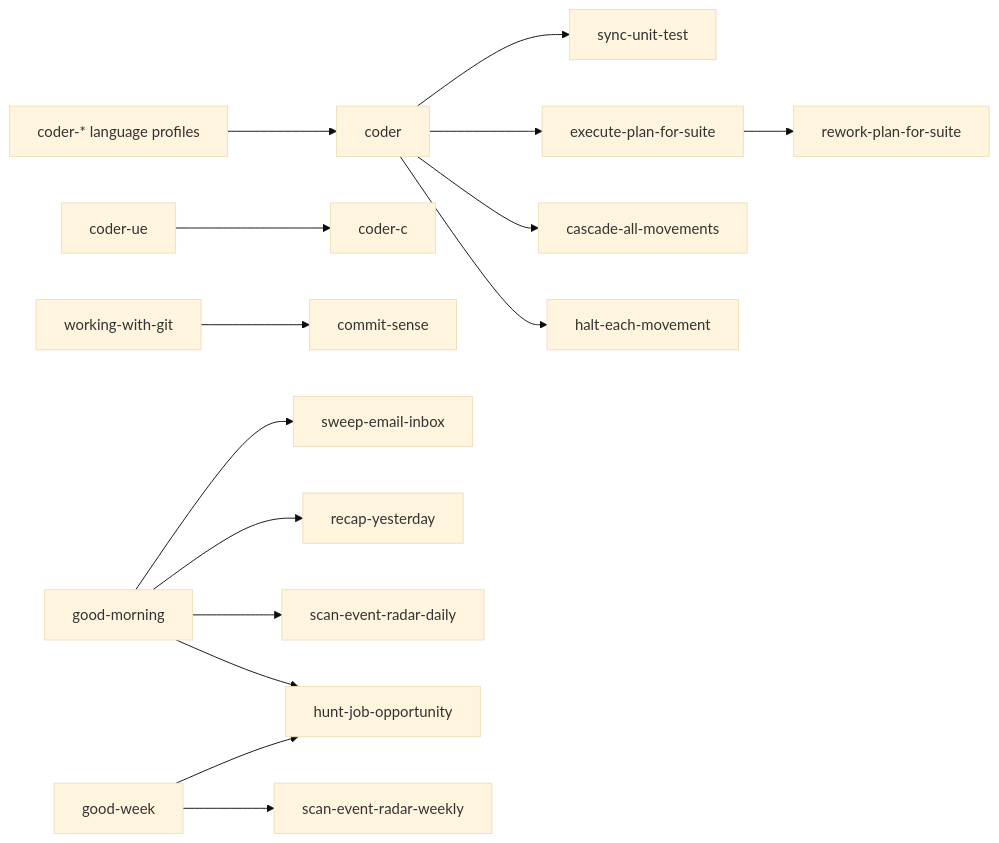
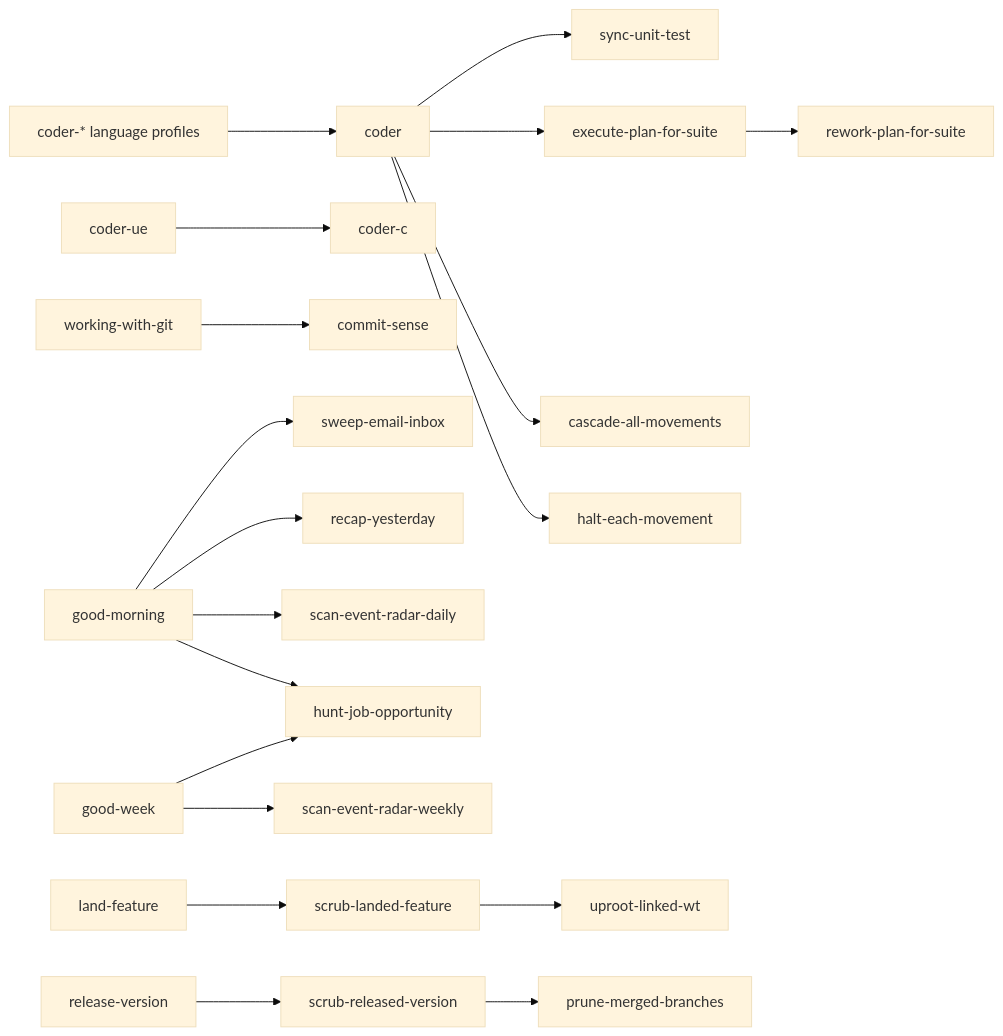
The seventh of 7 diagrams in docs/blueprint-doc.md (kami-lel/kaye-library), drawn with Mermaid (base theme) before and after one commit. The commit also changed other lines of this file and 3 other files, not shown here.

First line of the commit message:
document scrub skills: changelog, graphs, catalog

````diff
--- a/docs/blueprint-doc.md
+++ b/docs/blueprint-doc.md
@@ -176,17 +178,21 @@
 ```mermaid
 flowchart LR
     coder_profiles["coder-* language profiles"] --> coder
     coder_ue["coder-ue"] --> coder_c["coder-c"]
     coder --> sync_unit_test["sync-unit-test"]
     coder --> execute_plan_for_suite["execute-plan-for-suite"]
     execute_plan_for_suite --> rework_plan_for_suite["rework-plan-for-suite"]
     coder --> cascade_all_movements["cascade-all-movements"]
     coder --> halt_each_movement["halt-each-movement"]
     working_with_git["working-with-git"] --> commit_sense["commit-sense"]
     good_morning["good-morning"] --> sweep_email_inbox["sweep-email-inbox"]
     good_morning --> recap_yesterday["recap-yesterday"]
     good_morning --> scan_event_radar_daily["scan-event-radar-daily"]
     good_morning --> hunt_job_opportunity["hunt-job-opportunity"]
     good_week["good-week"] --> scan_event_radar_weekly["scan-event-radar-weekly"]
     good_week --> hunt_job_opportunity
+    land_feature["land-feature"] --> scrub_landed_feature["scrub-landed-feature"]
+    scrub_landed_feature --> uproot_linked_wt["uproot-linked-wt"]
+    release_version["release-version"] --> scrub_released_version["scrub-released-version"]
+    scrub_released_version --> prune_merged_branches["prune-merged-branches"]
 ```
````
